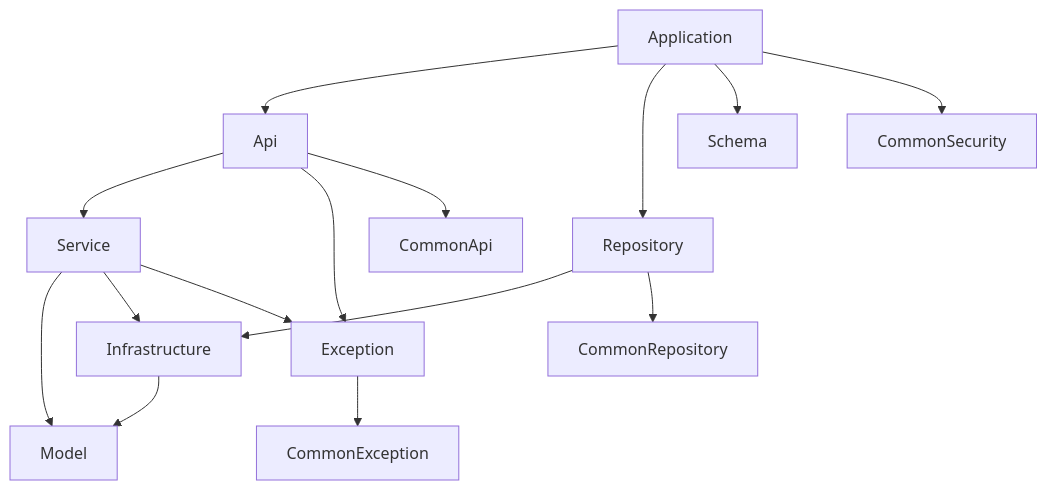
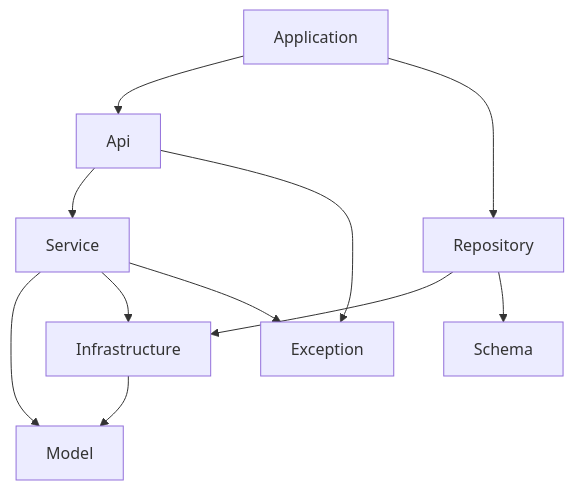
Before and after one commit to YeaChan05/remittance: the first of 2 diagrams in docs/rule/dependencies.md, drawn with Mermaid. The commit also changed other lines of this file, not shown here.

Commit message:
refactor(docs): 의존성 규칙 다이어그램 수정 및 예외 추가

````diff
--- a/docs/rule/dependencies.md
+++ b/docs/rule/dependencies.md
@@ -197,21 +197,21 @@
 ```mermaid
 graph TD
     Infrastructure --> Model
     Service --> Model
     Service --> Infrastructure
     Service --> Exception
 
-    Exception --> CommonException
+%%    Exception --> CommonException
 
     Api --> Service
     Api --> Exception
-    Api --> CommonApi
+%%    Api --> CommonApi
 
     Repository --> Infrastructure
-    Repository --> CommonRepository
+    Repository --> Schema
+%%    Repository --> CommonRepository
 
-    Application --> Api
-    Application --> Repository
-    Application --> Schema
-    Application --> CommonSecurity
+  Application --> Api
+  Application --> Repository
+%%    Application --> CommonSecurity
 ```
````
